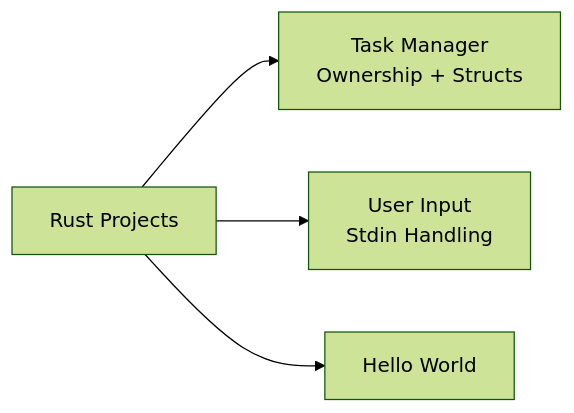
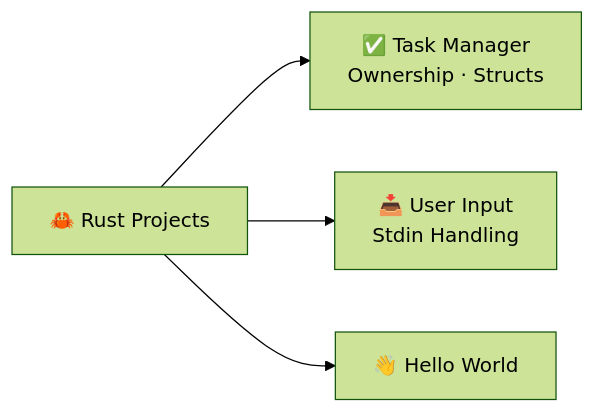
The eighth of 8 diagrams in README.md (Manthanvinzuda007/Academic-Projects-2024-2028), drawn with Mermaid (forest theme) before and after one commit. The commit also changed other lines of this file, not shown here.

````diff
--- a/README.md
+++ b/README.md
@@ -342,6 +393,6 @@
 ```mermaid
 flowchart LR
-    RS[Rust Projects] --> TASK[Task Manager\nOwnership + Structs]
-    RS --> INPUT[User Input\nStdin Handling]
-    RS --> HW[Hello World]
+    RS["🦀 Rust Projects"] --> TASK["✅ Task Manager\nOwnership · Structs"]
+    RS --> INPUT["📥 User Input\nStdin Handling"]
+    RS --> HW["👋 Hello World"]
 ```
````
